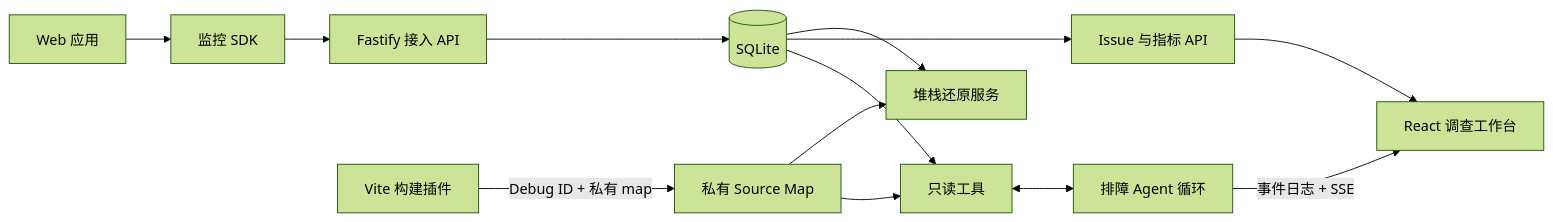
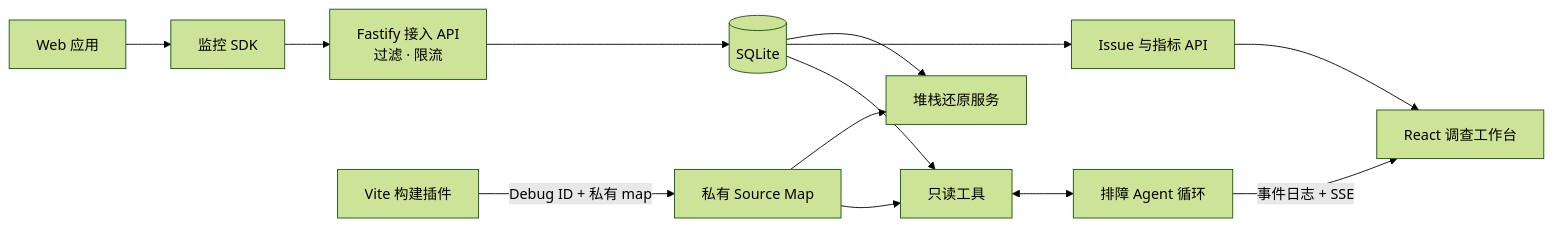
The diagram in docs/architecture.md (guiwzh/tracepilot), drawn with Mermaid (forest theme) before and after one commit. The commit also changed other lines of this file and 34 other files, not shown here.

````diff
--- a/docs/architecture.md
+++ b/docs/architecture.md
@@ -5,15 +5,15 @@
 ```mermaid
 flowchart LR
   Web[Web 应用] --> SDK[监控 SDK]
-  SDK --> Ingest[Fastify 接入 API]
+  SDK --> Ingest[Fastify 接入 API<br/>过滤 · 限流]
   Ingest --> SQLite[(SQLite)]
   Build[Vite 构建插件] -- Debug ID + 私有 map --> Maps[私有 Source Map]
   Maps --> Symbolicator[堆栈还原服务]
   SQLite --> Symbolicator
   SQLite --> Query[Issue 与指标 API]
   Query --> Dashboard[React 调查工作台]
   SQLite --> Tools[只读工具]
   Maps --> Tools
   Tools <--> Agent[排障 Agent 循环]
   Agent -- 事件日志 + SSE --> Dashboard
 ```
````
